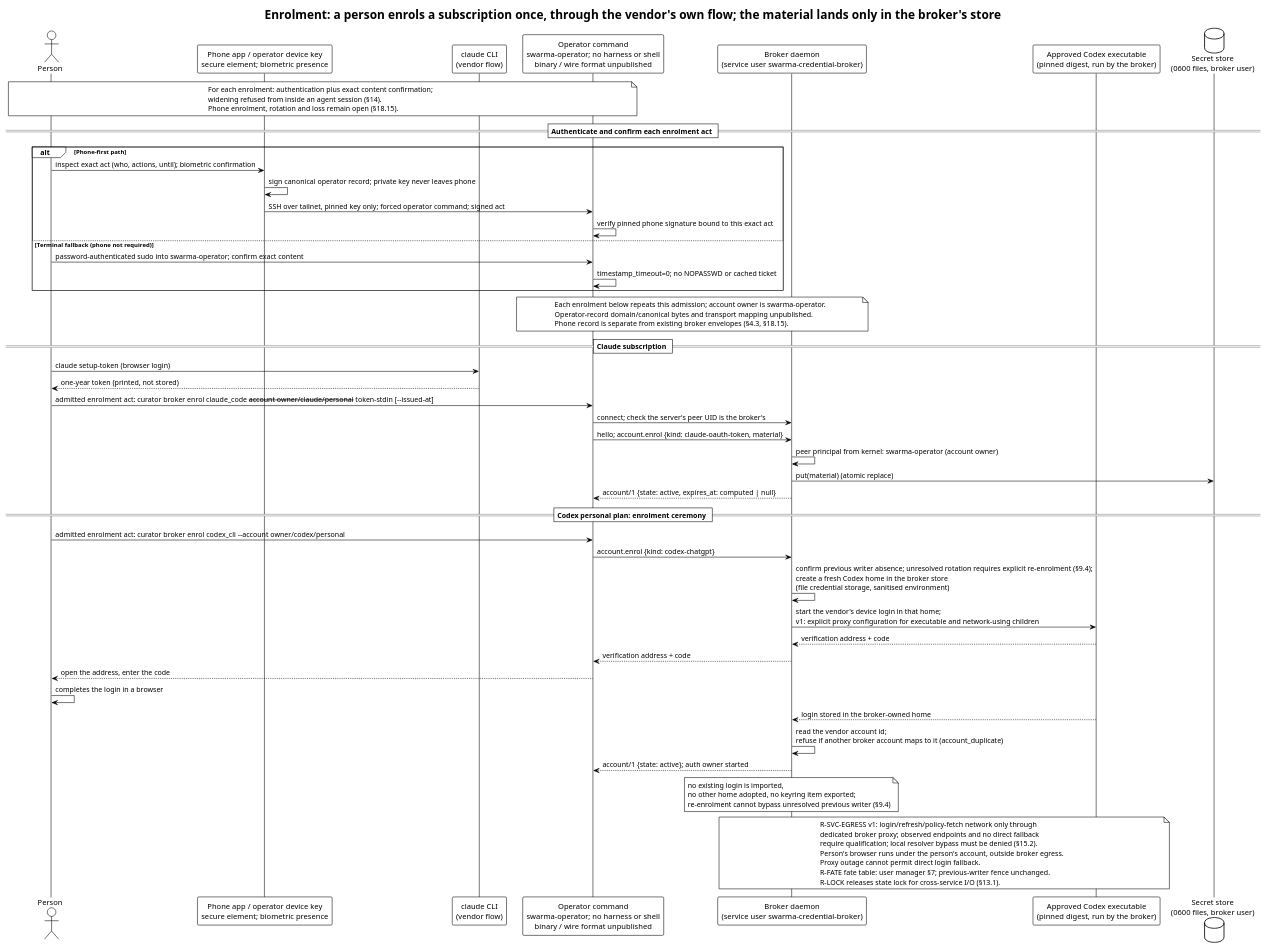
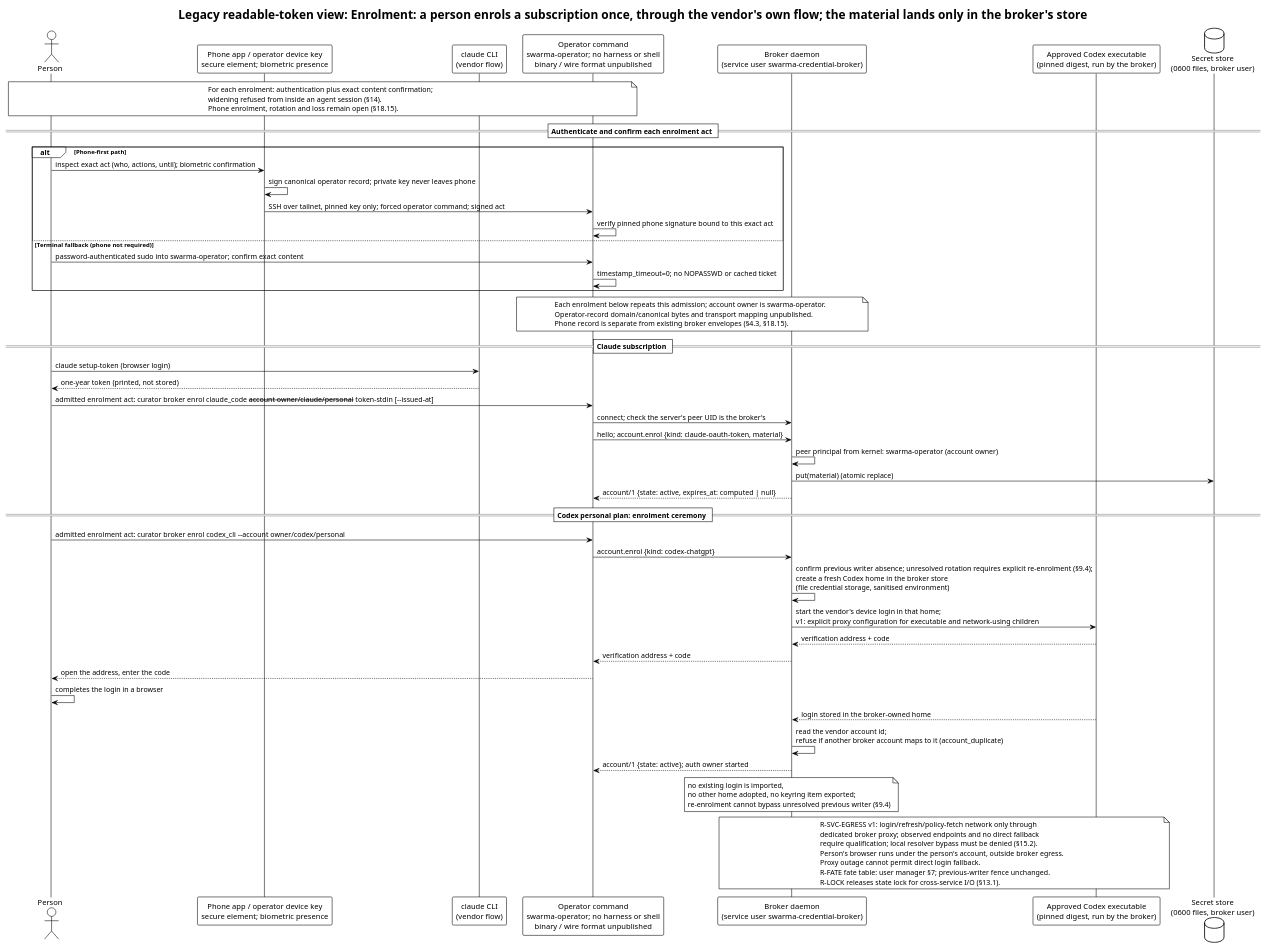
The first of 2 diagrams in diagrams/enrol.puml (relux-works/swarma-credential-broker), drawn with PlantUML before and after one commit. The commit also changed other lines of this file and 22 other files, not shown here.

```diff
--- a/diagrams/enrol.puml
+++ b/diagrams/enrol.puml
@@ -1,67 +1,67 @@
 @startuml enrol
 !theme plain
-title Enrolment: a person enrols a subscription once, through the vendor's own flow; the material lands only in the broker's store
+title Legacy readable-token view: Enrolment: a person enrols a subscription once, through the vendor's own flow; the material lands only in the broker's store
 
 actor "Person" as P
 participant "Phone app / operator device key\nsecure element; biometric presence" as Phone
 participant "claude CLI\n(vendor flow)" as V
 participant "Operator command\nswarma-operator; no harness or shell\nbinary / wire format unpublished" as C
 participant "Broker daemon\n(service user swarma-credential-broker)" as B
 participant "Approved Codex executable\n(pinned digest, run by the broker)" as X
 database "Secret store\n(0600 files, broker user)" as S
 
 note over P,C
   For each enrolment: authentication plus exact content confirmation;
   widening refused from inside an agent session (§14).
   Phone enrolment, rotation and loss remain open (§18.15).
 end note
 
 == Authenticate and confirm each enrolment act ==
 alt Phone-first path
   P -> Phone: inspect exact act (who, actions, until); biometric confirmation
   Phone -> Phone: sign canonical operator record; private key never leaves phone
   Phone -> C: SSH over tailnet, pinned key only; forced operator command; signed act
   C -> C: verify pinned phone signature bound to this exact act
 else Terminal fallback (phone not required)
   P -> C: password-authenticated sudo into swarma-operator; confirm exact content
   C -> C: timestamp_timeout=0; no NOPASSWD or cached ticket
 end
 note over C,B
   Each enrolment below repeats this admission; account owner is swarma-operator.
   Operator-record domain/canonical bytes and transport mapping unpublished.
   Phone record is separate from existing broker envelopes (§4.3, §18.15).
 end note
 
 == Claude subscription ==
 P -> V: claude setup-token (browser login)
 V --> P: one-year token (printed, not stored)
 P -> C: admitted enrolment act: curator broker enrol claude_code --account owner/claude/personal --token-stdin [--issued-at]
 C -> B: connect; check the server's peer UID is the broker's
 C -> B: hello; account.enrol {kind: claude-oauth-token, material}
 B -> B: peer principal from kernel: swarma-operator (account owner)
 B -> S: put(material) (atomic replace)
 B --> C: account/1 {state: active, expires_at: computed | null}
 
 == Codex personal plan: enrolment ceremony ==
 P -> C: admitted enrolment act: curator broker enrol codex_cli --account owner/codex/personal
 C -> B: account.enrol {kind: codex-chatgpt}
 B -> B: confirm previous writer absence; unresolved rotation requires explicit re-enrolment (§9.4);\ncreate a fresh Codex home in the broker store\n(file credential storage, sanitised environment)
 B -> X: start the vendor's device login in that home;\nv1: explicit proxy configuration for executable and network-using children
 X --> B: verification address + code
 B --> C: verification address + code
 C --> P: open the address, enter the code
 P -> P: completes the login in a browser
 X --> B: login stored in the broker-owned home
 B -> B: read the vendor account id;\nrefuse if another broker account maps to it (account_duplicate)
 B --> C: account/1 {state: active}; auth owner started
 note over B: no existing login is imported,\nno other home adopted, no keyring item exported;\nre-enrolment cannot bypass unresolved previous writer (§9.4)
 note over B,X
   R-SVC-EGRESS v1: login/refresh/policy-fetch network only through
   dedicated broker proxy; observed endpoints and no direct fallback
   require qualification; local resolver bypass must be denied (§15.2).
   Person's browser runs under the person's account, outside broker egress.
   Proxy outage cannot permit direct login fallback.
   R-FATE fate table: user manager §7; previous-writer fence unchanged.
   R-LOCK releases state lock for cross-service I/O (§13.1).
 end note
 @enduml
```
